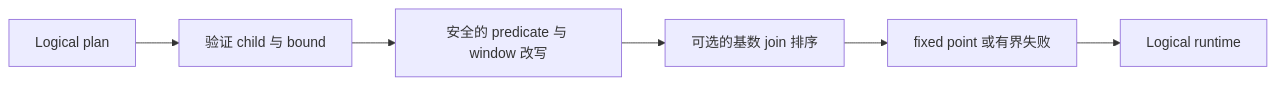
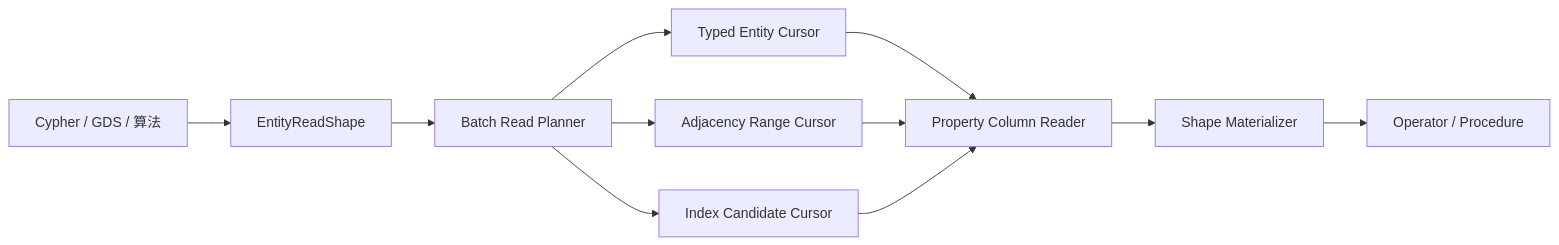
One commit to nexepic/zyx changed the diagram in docs/apps/docs/content/docs/zh/zyx/architecture/optimization.mdx. Above: the diagram before and after it, drawn with Mermaid. The commit also changed other lines of this file and 137 other files, not shown here.

Commit message:
Optimize native graph read paths

````diff
--- a/docs/apps/docs/content/docs/zh/zyx/architecture/optimization.mdx
+++ b/docs/apps/docs/content/docs/zh/zyx/architecture/optimization.mdx
@@ -20,8 +50,13 @@
 ```mermaid
-graph LR
-    A["Logical plan"] --> B["验证 child 与 bound"]
-    B --> C["安全的 predicate 与 window 改写"]
-    C --> D["可选的基数 join 排序"]
-    D --> E["fixed point 或有界失败"]
-    E --> F["Logical runtime"]
+flowchart LR
+    Q["Cypher / GDS / 算法"] --> S["EntityReadShape"]
+    S --> B["Batch Read Planner"]
+    B --> E["Typed Entity Cursor"]
+    B --> A["Adjacency Range Cursor"]
+    B --> I["Index Candidate Cursor"]
+    E --> P["Property Column Reader"]
+    A --> P
+    I --> P
+    P --> M["Shape Materializer"]
+    M --> O["Operator / Procedure"]
 ```
````
